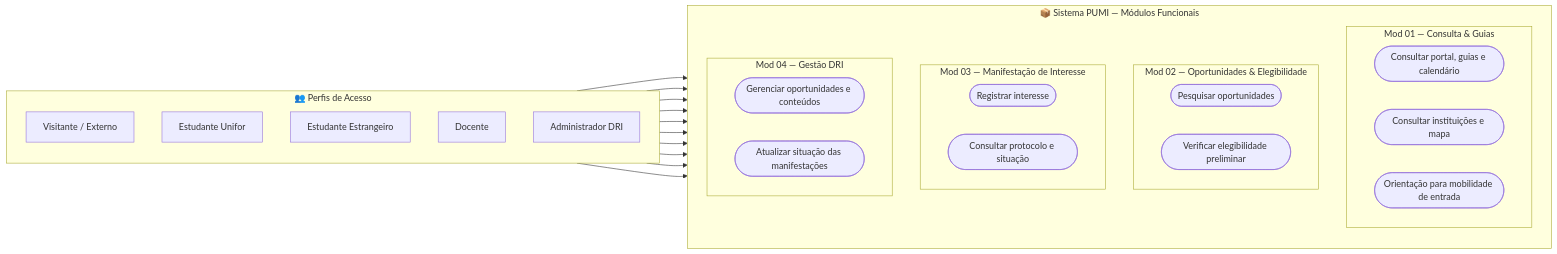
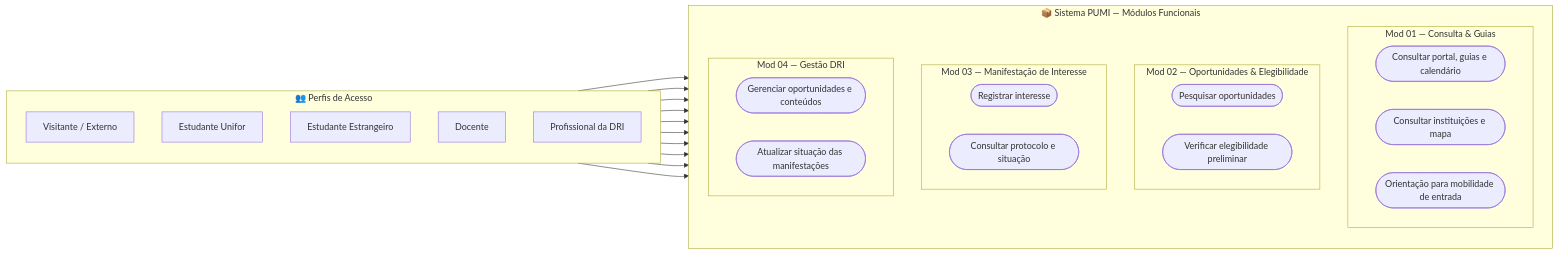
The first of 4 diagrams in Requisitos/Visao-Demanda-grupo3.md (niclasmn/requisitos-2026--grupo3), drawn with Mermaid before and after one commit. The commit also changed other lines of this file, not shown here.

````diff
--- a/Requisitos/Visao-Demanda-grupo3.md
+++ b/Requisitos/Visao-Demanda-grupo3.md
@@ -261,52 +262,52 @@
 ```mermaid
 flowchart LR
     subgraph Perfis["👥 Perfis de Acesso"]
         direction TB
         A1[Visitante / Externo]
         A2[Estudante Unifor]
         A3[Estudante Estrangeiro]
         A4[Docente]
-        A5[Administrador DRI]
+        A5[Profissional da DRI]
     end
 
     subgraph Modulos["📦 Sistema PUMI — Módulos Funcionais"]
         direction TB
         
         subgraph M1["Mod 01 — Consulta & Guias"]
             UC1([Consultar portal, guias e calendário])
             UC3([Consultar instituições e mapa])
             UC8([Orientação para mobilidade de entrada])
         end
 
         subgraph M2["Mod 02 — Oportunidades & Elegibilidade"]
             UC2([Pesquisar oportunidades])
             UC5([Verificar elegibilidade preliminar])
         end
 
         subgraph M3["Mod 03 — Manifestação de Interesse"]
             UC6([Registrar interesse])
             UC7([Consultar protocolo e situação])
         end
 
         subgraph M4["Mod 04 — Gestão DRI"]
             UC9([Gerenciar oportunidades e conteúdos])
             UC11([Atualizar situação das manifestações])
         end
     end
 
     %% Conexões Diretas
     A1 --> M1
     A1 --> M2
 
     A2 --> M1
     A2 --> M2
     A2 --> M3
 
     A3 --> M1
     A3 --> M2
 
     A4 --> M1
     A4 --> M2
 
     A5 --> M4
 ```
````
